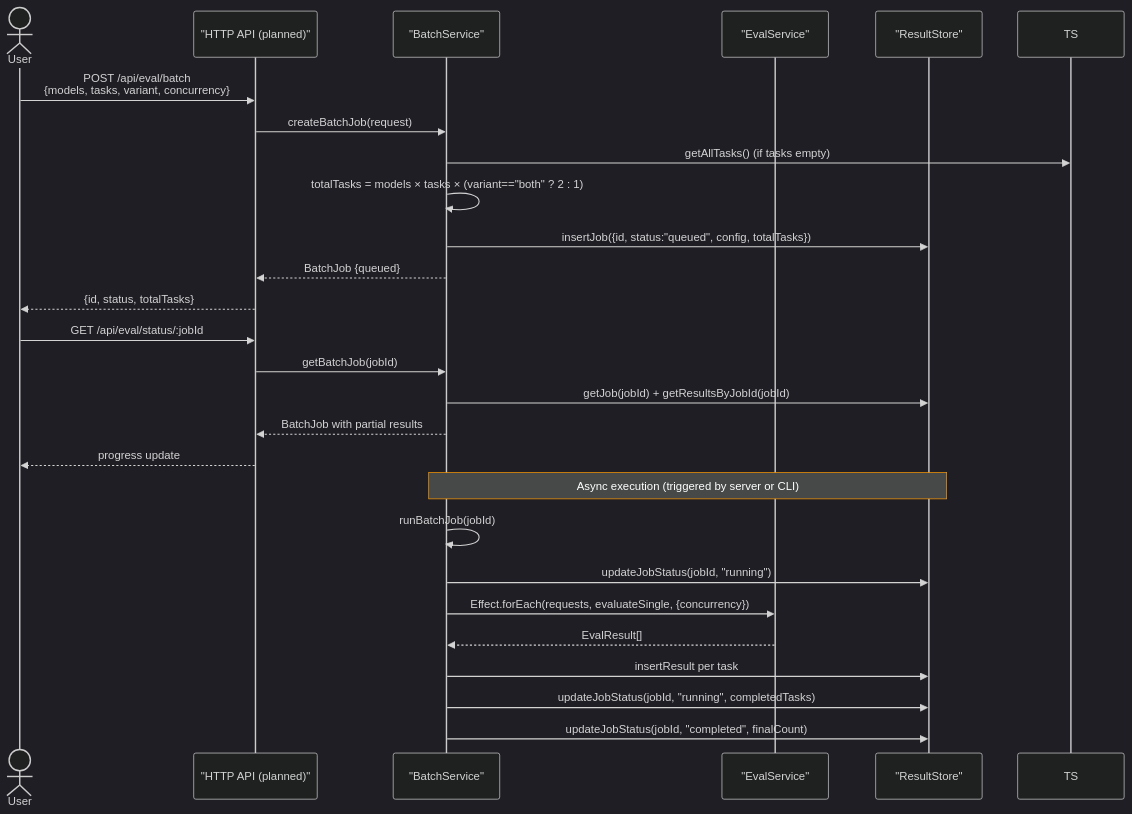
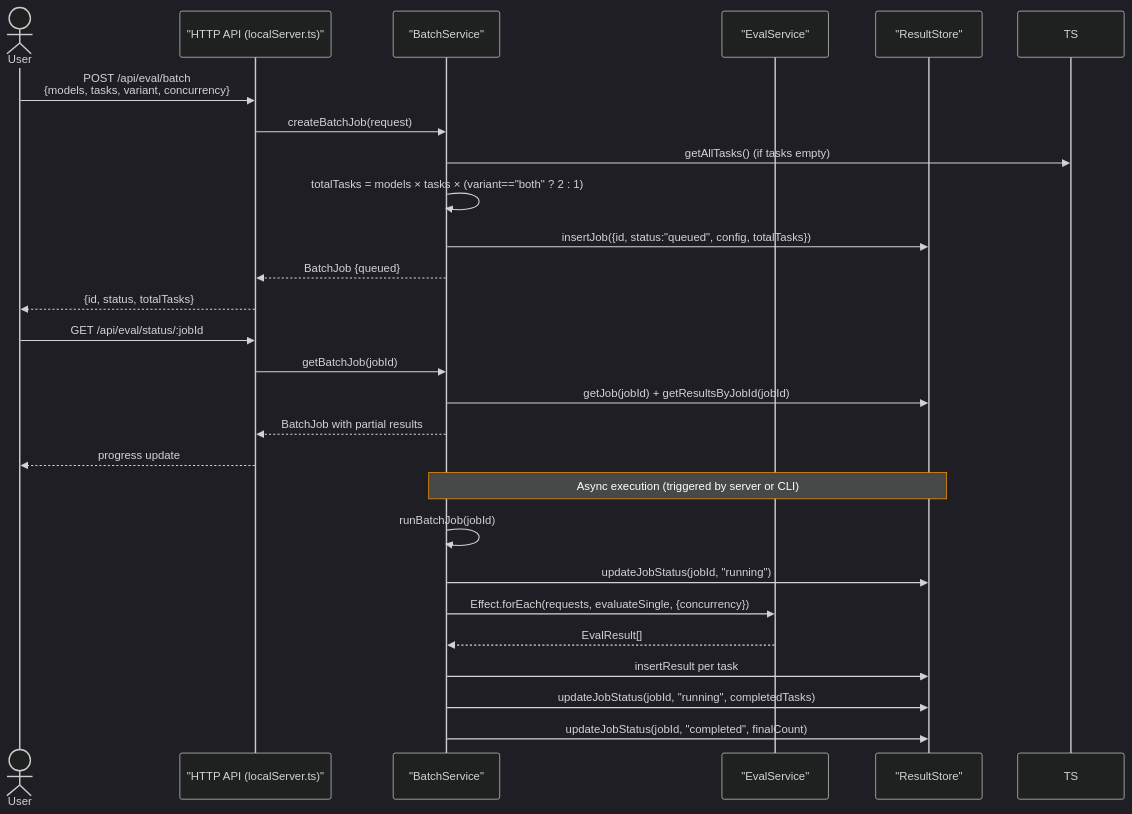
Diagram 12 of 15 in docs/architecture-and-domain.md (lambda-solver/lambdabench-pro), drawn with Mermaid before and after one commit. The commit also changed other lines of this file and 43 other files, not shown here.

First line of the commit message:
feat: Phase 2-3 HTTP API, CLI, MCP, typed client + drift fixes

````diff
--- a/docs/architecture-and-domain.md
+++ b/docs/architecture-and-domain.md
@@ -747,42 +781,42 @@
 ```mermaid
 %%{init: {'theme': 'dark', 'themeVariables': { 
   'background': '#111827',
   'lineColor': '#e5e7eb',
   'primaryTextColor': '#ffffff',
   'secondaryTextColor': '#ffffff',
   'tertiaryTextColor': '#ffffff',
   'primaryBorderColor': '#00f0ff',
   'secondaryBorderColor': '#ff9900',
   'tertiaryBorderColor': '#ff3366',
   'fontSize': '14px'
 }}}%%
 sequenceDiagram
     actor User
-    participant HTTP as "HTTP API (planned)"
+    participant HTTP as "HTTP API (localServer.ts)"
     participant BS as "BatchService"
     participant ES as "EvalService"
     participant RS as "ResultStore"
 
     User->>HTTP: POST /api/eval/batch<br/>{models, tasks, variant, concurrency}
     HTTP->>BS: createBatchJob(request)
     BS->>TS: getAllTasks() (if tasks empty)
     BS->>BS: totalTasks = models × tasks × (variant=="both" ? 2 : 1)
     BS->>RS: insertJob({id, status:"queued", config, totalTasks})
     BS-->>HTTP: BatchJob {queued}
     HTTP-->>User: {id, status, totalTasks}
 
     User->>HTTP: GET /api/eval/status/:jobId
     HTTP->>BS: getBatchJob(jobId)
     BS->>RS: getJob(jobId) + getResultsByJobId(jobId)
     BS-->>HTTP: BatchJob with partial results
     HTTP-->>User: progress update
 
     Note over BS,RS: Async execution (triggered by server or CLI)
     BS->>BS: runBatchJob(jobId)
     BS->>RS: updateJobStatus(jobId, "running")
     BS->>ES: Effect.forEach(requests, evaluateSingle, {concurrency})
     ES-->>BS: EvalResult[]
     BS->>RS: insertResult per task
     BS->>RS: updateJobStatus(jobId, "running", completedTasks)
     BS->>RS: updateJobStatus(jobId, "completed", finalCount)
 ```
````
